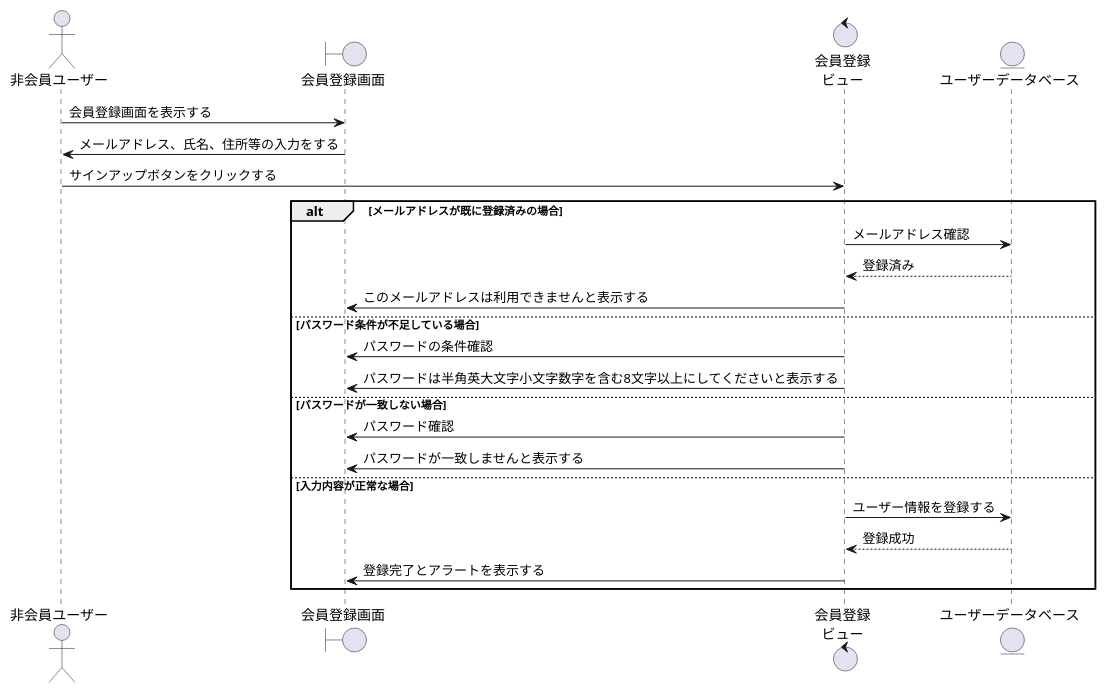
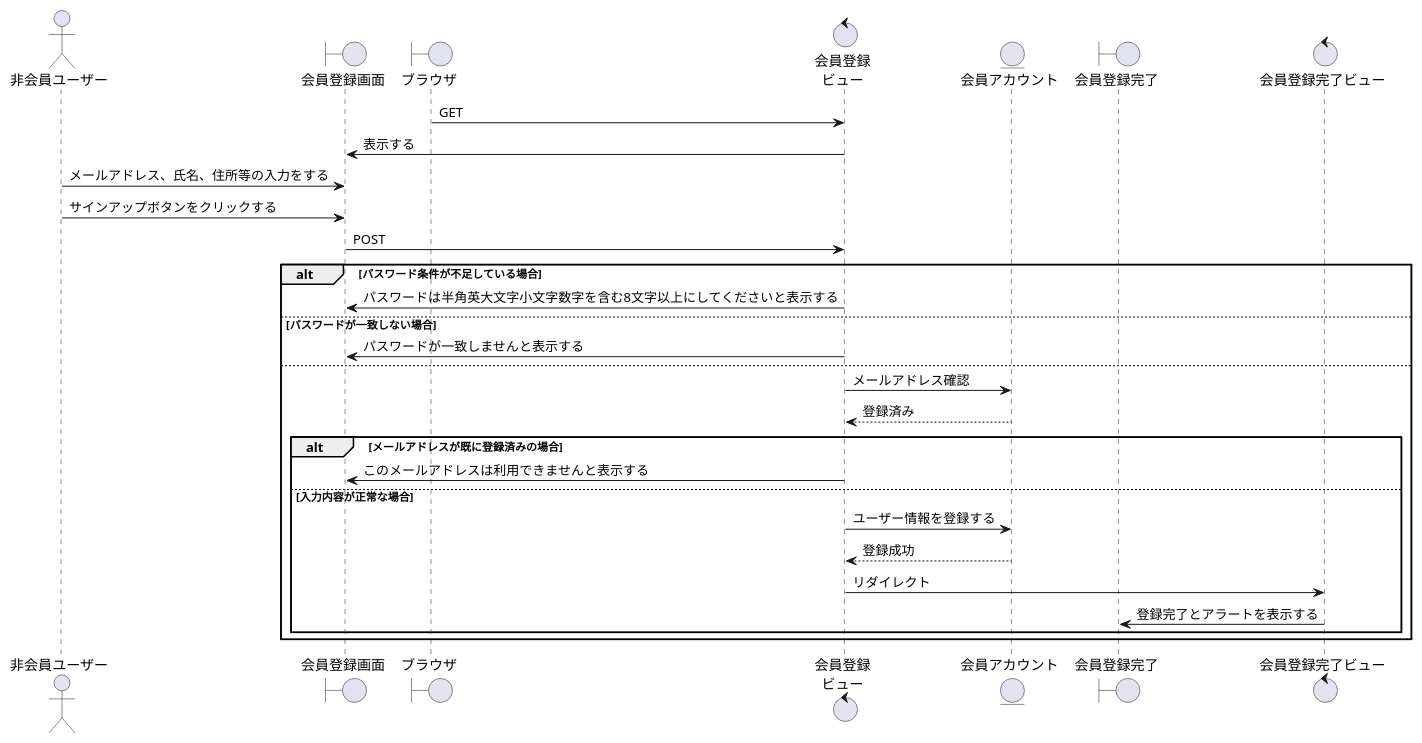
Before and after one commit to ysyk-wtnb16/team_D: the diagram in BBショップ/会員登録.wsd, drawn with PlantUML.

Commit message:
修正（先生）

```diff
--- a/BBショップ/会員登録.wsd
+++ b/BBショップ/会員登録.wsd
@@ -1,28 +1,37 @@
 @startuml kaiin_touroku 
 actor "非会員ユーザー" as user
 boundary "会員登録画面" as reg
+boundary "ブラウザ" as brz
 control "会員登録\nビュー" as regv
-entity "ユーザーデータベース" as db
+entity "会員アカウント" as db
+boundary "会員登録完了" as ktk
+control "会員登録完了ビュー" as kkv
 
-user -> reg: 会員登録画面を表示する
-reg -> user: メールアドレス、氏名、住所等の入力をする
-user -> regv: サインアップボタンをクリックする
 
-alt メールアドレスが既に登録済みの場合
+brz -> regv:GET
+reg <- regv: 表示する
+reg <- user: メールアドレス、氏名、住所等の入力をする
+user -> reg: サインアップボタンをクリックする
+reg -> regv: POST
+
+alt パスワード条件が不足している場合
+    regv -> reg: パスワードは半角英大文字小文字数字を含む8文字以上にしてくださいと表示する
+else パスワードが一致しない場合
+    regv -> reg: パスワードが一致しませんと表示する
+else 
     regv -> db: メールアドレス確認
     db --> regv: 登録済み
-    regv -> reg: このメールアドレスは利用できませんと表示する
-else パスワード条件が不足している場合
-    regv -> reg: パスワードの条件確認
-    regv -> reg: パスワードは半角英大文字小文字数字を含む8文字以上にしてくださいと表示する
-else パスワードが一致しない場合
-    regv -> reg: パスワード確認
-    regv -> reg: パスワードが一致しませんと表示する
-else 入力内容が正常な場合
-    regv -> db: ユーザー情報を登録する
-    db --> regv: 登録成功
-    regv -> reg: 登録完了とアラートを表示する
+    alt メールアドレスが既に登録済みの場合
+        regv -> reg: このメールアドレスは利用できませんと表示する
+
+    else 入力内容が正常な場合
+        regv -> db: ユーザー情報を登録する
+        db --> regv: 登録成功
+        regv -> kkv: リダイレクト
+        kkv -> ktk: 登録完了とアラートを表示する
+        
+    end
 
 end
 
 @enduml
```
